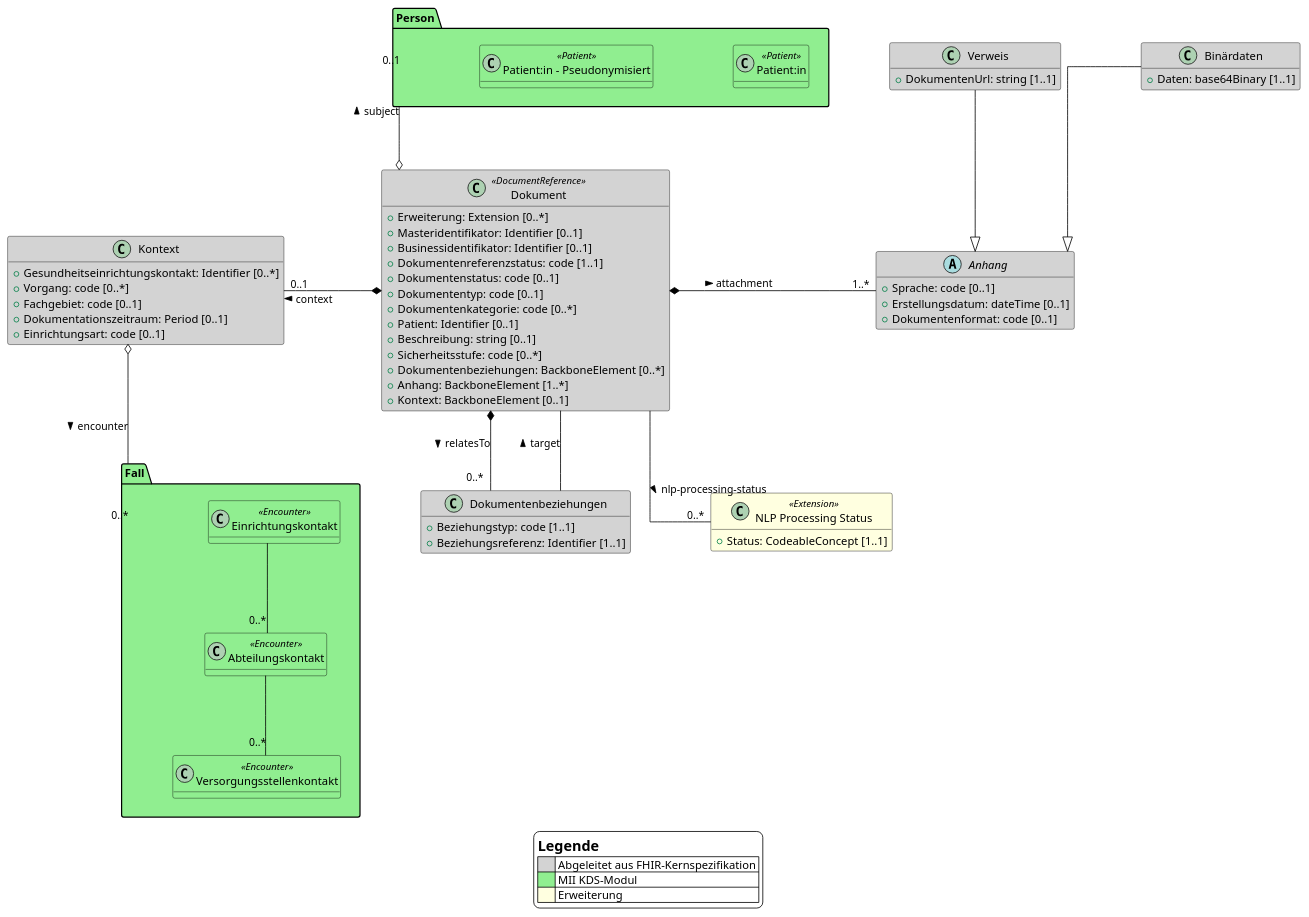
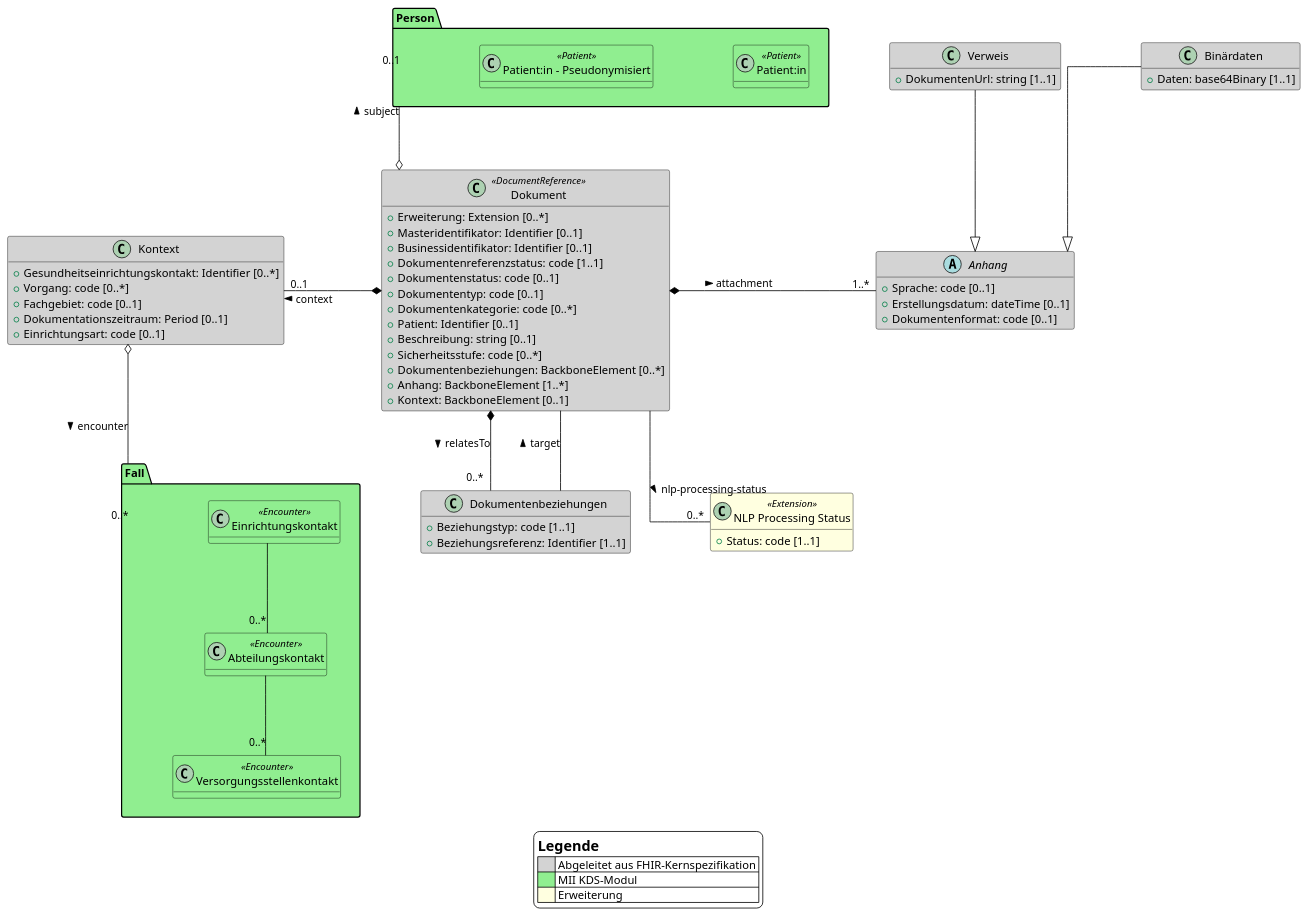
The diagram in input/images-source/Informationsmodell.puml (medizininformatik-initiative/kerndatensatz-dokument), drawn with PlantUML before and after one commit. The commit also changed 21 other files, not shown here.

```diff
--- a/input/images-source/Informationsmodell.puml
+++ b/input/images-source/Informationsmodell.puml
@@ -1,114 +1,114 @@
 @startuml "Informationsmodell"
 
 ' Canvas Parameters
 skinparam Linetype ortho
 skinparam Nodesep 100
 skinparam Ranksep 100
 skinparam LegendBackgroundColor #White
 skinparam ClassBackgroundColor #LightGray
 skinparam ClassBorderColor #Black
 skinparam ClassFontColor #Black
 skinparam ArrowColor #Black
 skinparam Shadowing false
 hide methods
 
 legend bottom
     = Legende
     |<#LightGray>      | Abgeleitet aus FHIR-Kernspezifikation |
     |<#LightGreen>     | MII KDS-Modul |
     |<#LightYellow>    | Erweiterung |
 endlegend
 
 ' MII KDS-Modul Person
 package Person #LightGreen {
     class "Patient:in" <<Patient>> #LightGreen
     class "Patient:in - Pseudonymisiert" <<Patient>> #LightGreen
 }
 
 ' MII KDS-Modul Fall
 package Fall #LightGreen {
   class Einrichtungskontakt <<Encounter>> #LightGreen
   class Abteilungskontakt <<Encounter>> #LightGreen
   class Versorgungsstellenkontakt <<Encounter>> #LightGreen
 }
 
 ' Klassen
 class Dokument <<DocumentReference>> {
     + {field} Erweiterung: Extension [0..*]
 '   + {field} Masteridentifikator: Identifier <back:#yellow>[0..1 / ISiK: 1..1]</back>
     + {field} Masteridentifikator: Identifier [0..1]
     + {field} Businessidentifikator: Identifier [0..1]
     + {field} Dokumentenreferenzstatus: code [1..1]
     + {field} Dokumentenstatus: code [0..1]
 '   + {field} Dokumententyp: code <back:#yellow>[0..1 / ISiK: 1..1]</back>
     + {field} Dokumententyp: code [0..1]
 '   + {field} Dokumentenkategorie: code <back:#yellow>[0..* / ISiK: 0..1]</back>
     + {field} Dokumentenkategorie: code [0..*]
 '   + {field} Patient: Reference(Patient) <back:#yellow>[0..1 / ISiK: 1..1]</back>
     + {field} Patient: Identifier [0..1]
 '   + {field} Beschreibung: string <back:#yellow>[0..1 / ISiK: 1..1]</back>
     + {field} Beschreibung: string [0..1]
 '   + {field} Sicherheitsstufe: CodeableConcept <back:#yellow>[0..* / ISiK: 1..*]</back>
     + {field} Sicherheitsstufe: code [0..*]
     + {field} Dokumentenbeziehungen: BackboneElement [0..*]
 '   + {field} Inhalt: BackboneElement <back:#yellow>[1..* / ISiK: 1..1]</back>
 '   + {field} Inhalt: BackboneElement [1..*]
     + {field} Anhang: BackboneElement [1..*]
 '   + {field} Kontext: BackboneElement <back:#yellow>[0..1 / ISiK: 1..1]</back>
     + {field} Kontext: BackboneElement [0..1]
 }
 
 class NlpProcessingStatus as "NLP Processing Status" <<Extension>> #LightYellow {
-    + {field} Status: CodeableConcept [1..1]
+    + {field} Status: code [1..1]
 }
 
 class Dokumentenbeziehungen {
     + {field} Beziehungstyp: code [1..1]
     + {field} Beziehungsreferenz: Identifier [1..1]
 }
 
 class Kontext {
 '   + {field} Gesundheitseinrichtungskontakt: Reference(Encounter) <back:#yellow>[0..* / ISiK: 0..1]</back>
     + {field} Gesundheitseinrichtungskontakt: Identifier [0..*]
     + {field} Vorgang: code [0..*]
 '   + {field} Fachgebiet: CodeableConcept <back:#yellow>[0..1 / ISiK: 1..1]</back>
     + {field} Fachgebiet: code [0..1]
     + {field} Dokumentationszeitraum: Period [0..1]
 '   + {field} Einrichtungsart: CodeableConcept <back:#yellow>[0..1 / ISiK: 1..1]</back>
     + {field} Einrichtungsart: code [0..1]
 }
 
 abstract class Anhang {
 '   + {field} Sprache: code <back:#yellow>[0..1 / ISiK: 1..1]</back>
     + {field} Sprache: code [0..1]
 '   + {field} <back:#yellow>ISiK: Erstellungsdatum: dateTime [1..1]</back>
     + {field} Erstellungsdatum: dateTime [0..1]
 '   + {field} <back:#yellow>ISiK: MimeTyp: code [1..1]</back>
 '   + {field} Daten: base64Binary [0..1]
 '   + {field} DokumentenUrl: string [0..1]
 '   + {field} Dokumentenformat: Coding <back:#yellow>[0..1 / ISiK: 1..1]</back>
     + {field} Dokumentenformat: code [0..1]
 }
 
 class Binärdaten {
     + {field} Daten: base64Binary [1..1]
 }
 
 class Verweis {
     + {field} DokumentenUrl: string [1..1]
 }
 
 ' Beziehungen
 Dokument -d- "0..*" NlpProcessingStatus: nlp-processing-status >
 Dokument *-r- "1..*" Anhang: attachment >
 Dokument *-l- "0..1" Kontext: context >
 Dokument *-d- "0..*" Dokumentenbeziehungen: relatesTo >
 Dokument o-u- "0..1" Person: subject >
 Anhang <|-u- Binärdaten
 Anhang <|-u- Verweis
 Dokumentenbeziehungen -- Dokument: target >
 Kontext o-d- "0..*" Fall: encounter >
 Einrichtungskontakt -- "0..*" Abteilungskontakt
 Abteilungskontakt -- "0..*" Versorgungsstellenkontakt
 
 @enduml
```
